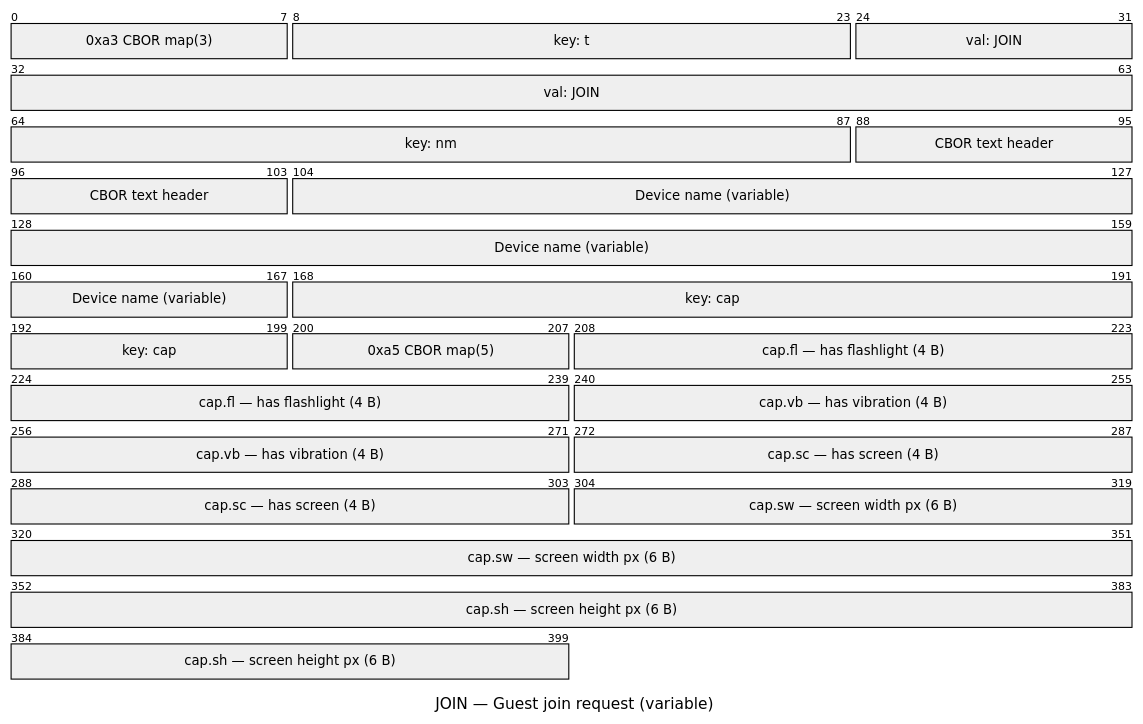
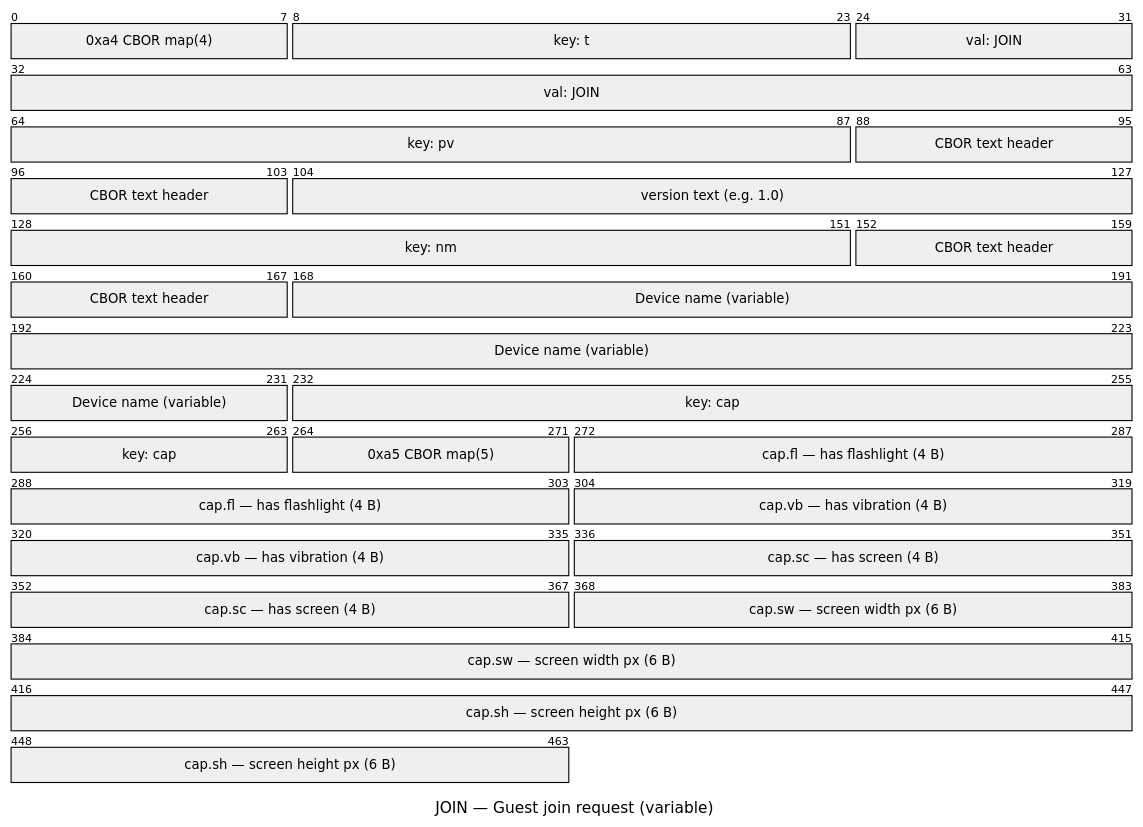
Before and after one commit to FlorianLebecque/Luso: the seventh of 20 diagrams in docs/protocol.md, drawn with Mermaid. The commit also changed other lines of this file and 12 other files, not shown here.

````diff
--- a/docs/protocol.md
+++ b/docs/protocol.md
@@ -168,17 +299,20 @@
 ```mermaid
 packet
 title JOIN — Guest join request (variable)
-+8: "0xa3 CBOR map(3)"
++8: "0xa4 CBOR map(4)"
 +16: "key: t"
 +40: "val: JOIN"
++24: "key: pv"
++16: "CBOR text header"
++24: "version text (e.g. 1.0)"
 +24: "key: nm"
 +16: "CBOR text header"
 +64: "Device name (variable)"
 +32: "key: cap"
 +8: "0xa5 CBOR map(5)"
 +32: "cap.fl — has flashlight (4 B)"
 +32: "cap.vb — has vibration (4 B)"
 +32: "cap.sc — has screen (4 B)"
 +48: "cap.sw — screen width px (6 B)"
 +48: "cap.sh — screen height px (6 B)"
 ```
````
